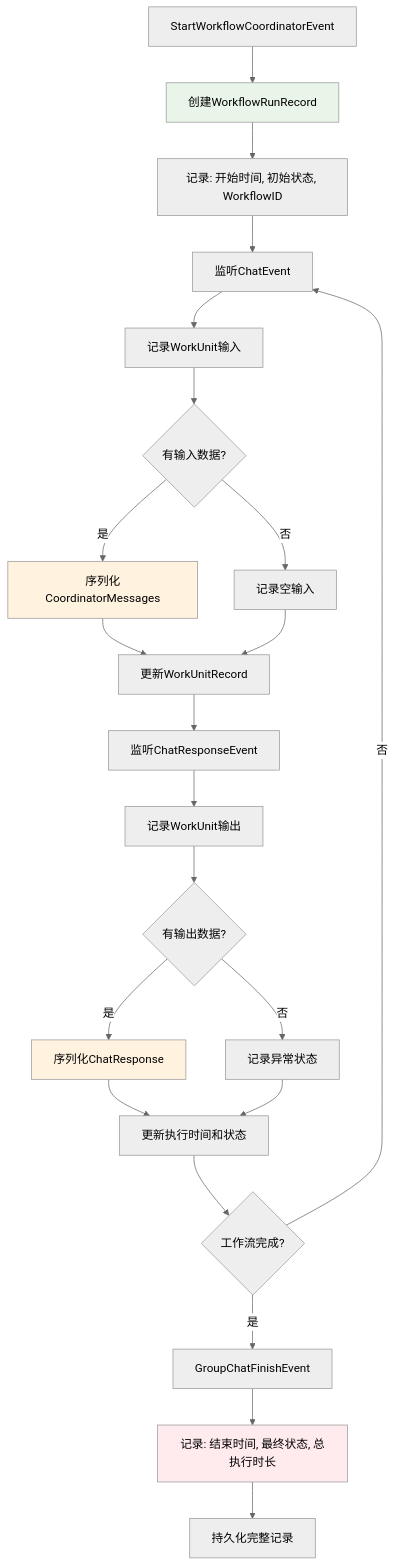
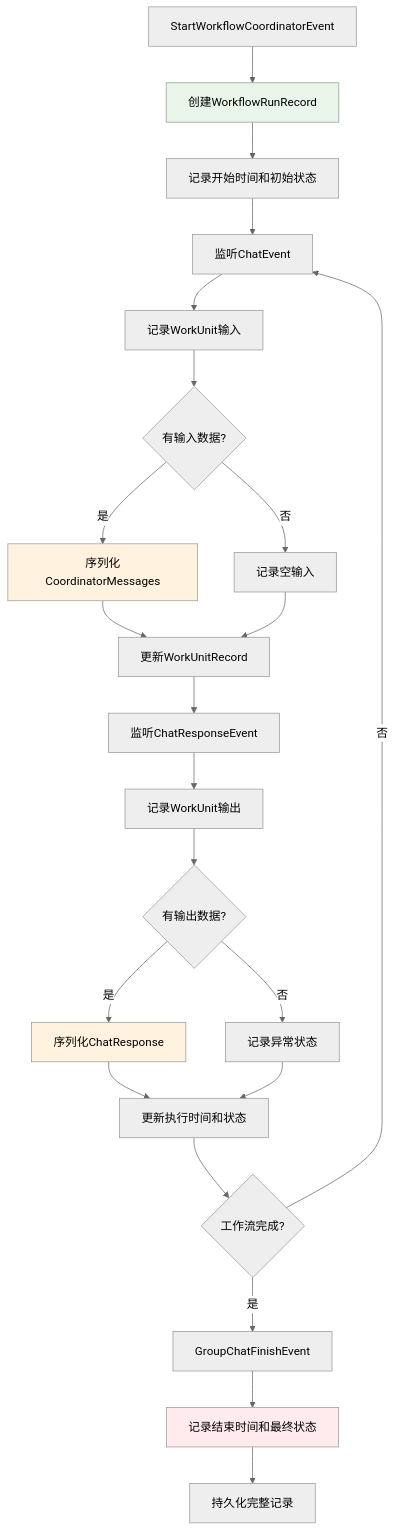
Before and after one commit to aevatarAI/aevatar-gagents: the third of 5 diagrams in WorkflowRunRecordGAgent_TechnicalDesign.md, drawn with Mermaid (neutral theme). The commit also changed other lines of this file, not shown here.

````diff
--- a/WorkflowRunRecordGAgent_TechnicalDesign.md
+++ b/WorkflowRunRecordGAgent_TechnicalDesign.md
@@ -82,32 +82,32 @@
 ```mermaid
 flowchart TD
-    A[StartWorkflowCoordinatorEvent] --> B[创建WorkflowRunRecord]
-    B --> C[记录: 开始时间, 初始状态, WorkflowID]
+    A["StartWorkflowCoordinatorEvent"] --> B["创建WorkflowRunRecord"]
+    B --> C["记录开始时间和初始状态"]
     
-    C --> D[监听ChatEvent]
-    D --> E[记录WorkUnit输入]
-    E --> F{有输入数据?}
-    F -->|是| G[序列化CoordinatorMessages]
-    F -->|否| H[记录空输入]
-    G --> I[更新WorkUnitRecord]
+    C --> D["监听ChatEvent"]
+    D --> E["记录WorkUnit输入"]
+    E --> F{"有输入数据?"}
+    F -->|"是"| G["序列化CoordinatorMessages"]
+    F -->|"否"| H["记录空输入"]
+    G --> I["更新WorkUnitRecord"]
     H --> I
     
-    I --> J[监听ChatResponseEvent]
-    J --> K[记录WorkUnit输出]
-    K --> L{有输出数据?}
-    L -->|是| M[序列化ChatResponse]
-    L -->|否| N[记录异常状态]
-    M --> O[更新执行时间和状态]
+    I --> J["监听ChatResponseEvent"]
+    J --> K["记录WorkUnit输出"]
+    K --> L{"有输出数据?"}
+    L -->|"是"| M["序列化ChatResponse"]
+    L -->|"否"| N["记录异常状态"]
+    M --> O["更新执行时间和状态"]
     N --> O
     
-    O --> P{工作流完成?}
-    P -->|否| D
-    P -->|是| Q[GroupChatFinishEvent]
-    Q --> R[记录: 结束时间, 最终状态, 总执行时长]
-    R --> S[持久化完整记录]
+    O --> P{"工作流完成?"}
+    P -->|"否"| D
+    P -->|"是"| Q["GroupChatFinishEvent"]
+    Q --> R["记录结束时间和最终状态"]
+    R --> S["持久化完整记录"]
     
     style B fill:#e8f5e8
     style G fill:#fff3e0
     style M fill:#fff3e0
     style R fill:#ffebee
 ```
````
